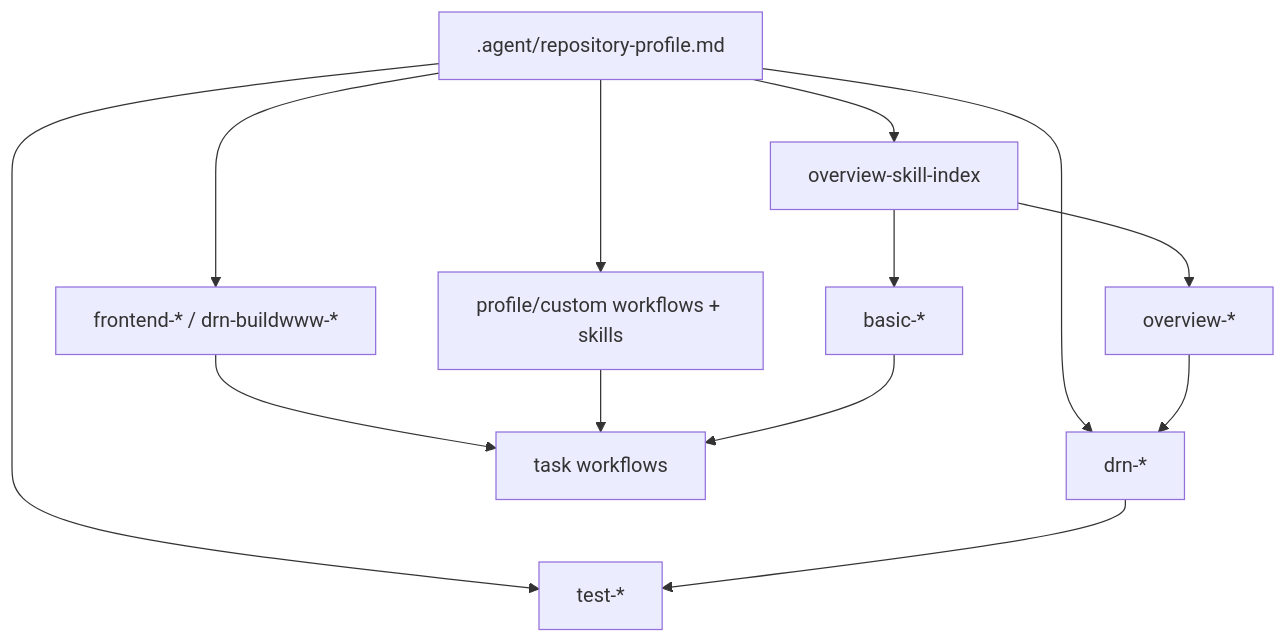
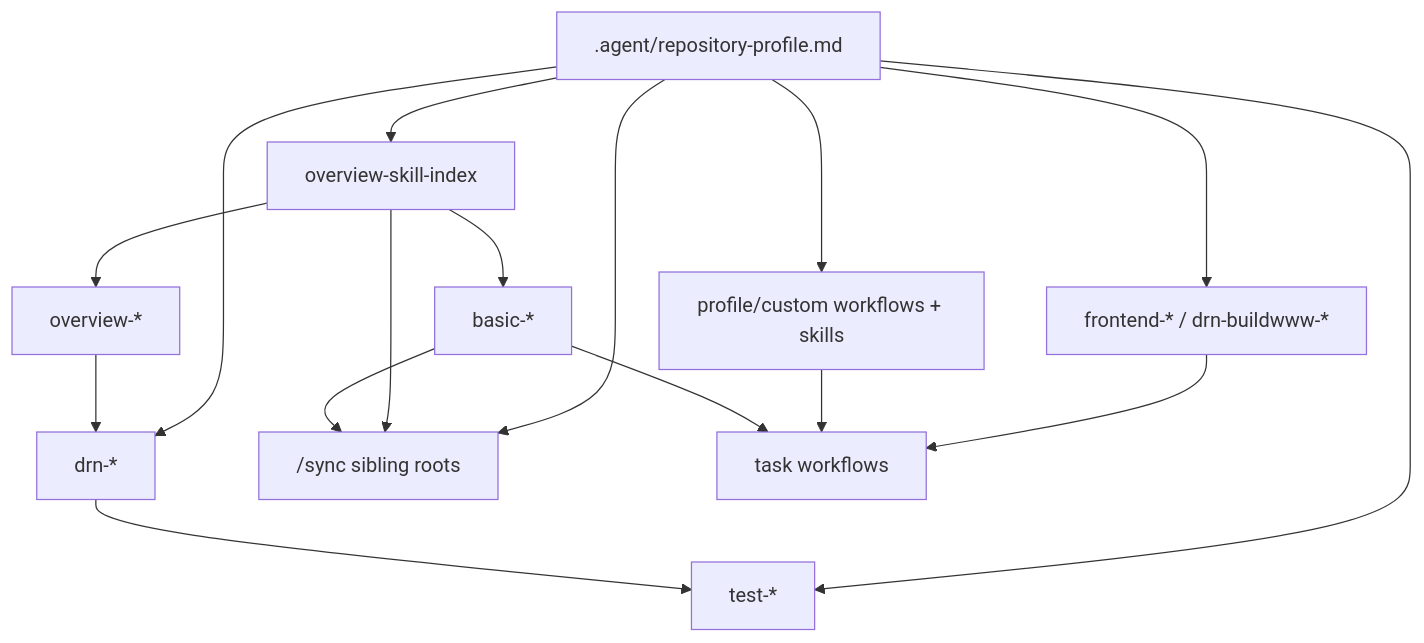
The diagram in .agent/skills/overview-skill-index/SKILL.md (duranserkan/DRN-Project), drawn with Mermaid before and after one commit. The commit also changed other lines of this file and 36 other files, not shown here.

````diff
--- a/.agent/skills/overview-skill-index/SKILL.md
+++ b/.agent/skills/overview-skill-index/SKILL.md
@@ -70,25 +71,29 @@
 ```mermaid
 flowchart TD
     Profile[".agent/repository-profile.md"]
     Index["overview-skill-index"]
     Basic["basic-*"]
     Overview["overview-*"]
     DRN["drn-*"]
     Test["test-*"]
     Frontend["frontend-* / drn-buildwww-*"]
     Custom["profile/custom workflows + skills"]
+    Sync["/sync sibling roots"]
     Workflows["task workflows"]
 
     Profile --> Index
     Index --> Basic
     Index --> Overview
     Profile --> DRN
     Profile --> Test
     Profile --> Frontend
     Profile --> Custom
+    Profile --> Sync
+    Index --> Sync
     Overview --> DRN
     DRN --> Test
     Frontend --> Workflows
     Custom --> Workflows
     Basic --> Workflows
+    Basic --> Sync
 ```
````
